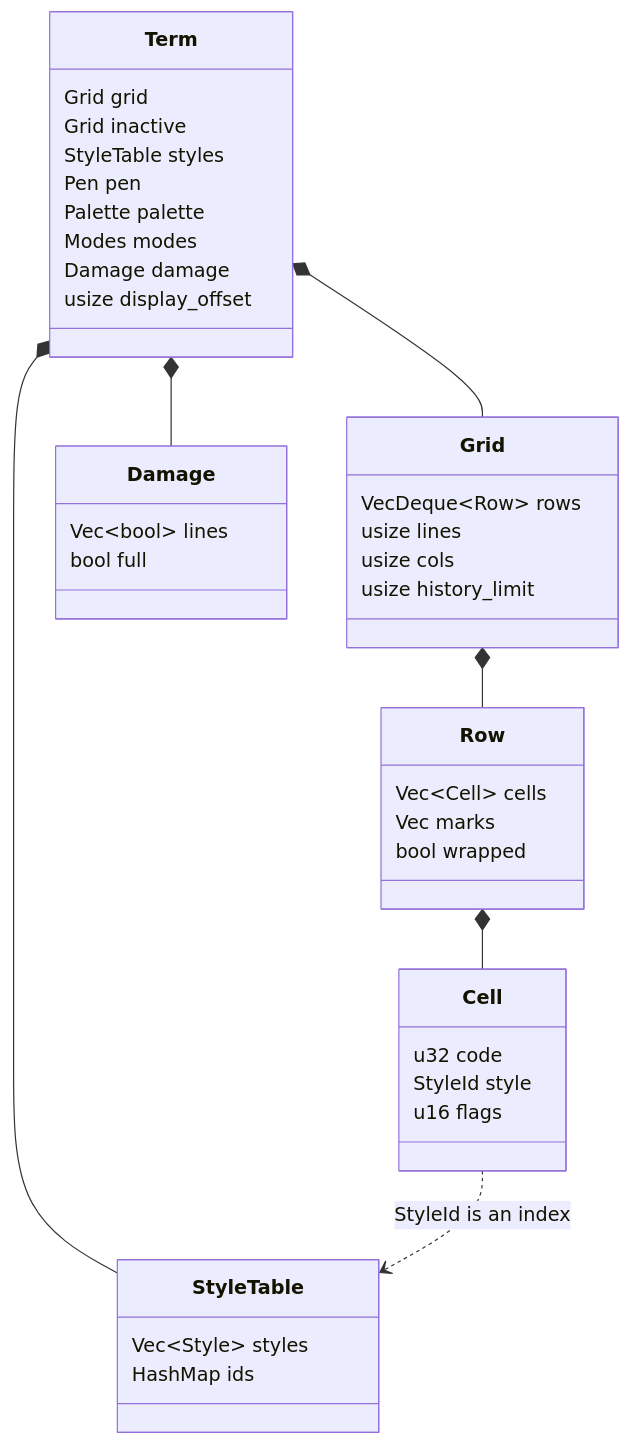
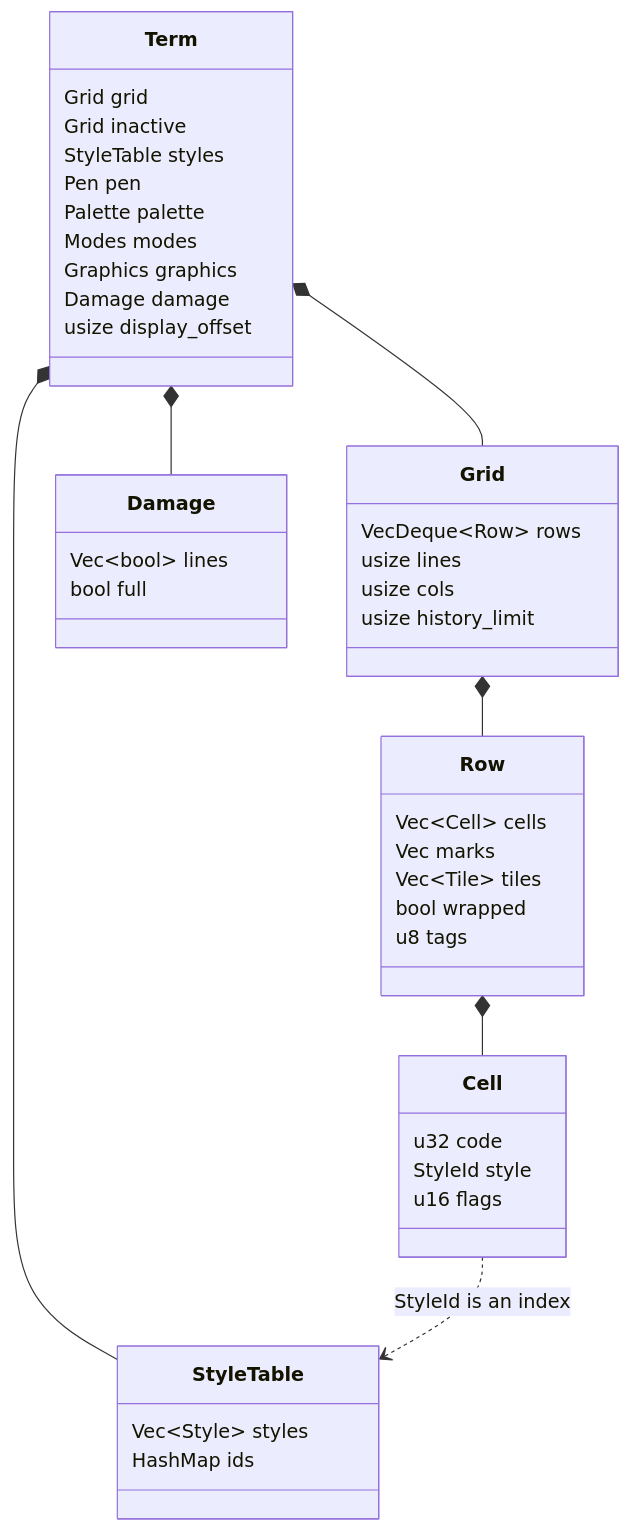
One commit to riya-amemiya/Dartel changed the sixth of 9 diagrams in docs/architecture.md. Above: the diagram before and after it, drawn with Mermaid. The commit also changed other lines of this file and 50 other files, not shown here.

````diff
--- a/docs/architecture.md
+++ b/docs/architecture.md
@@ -217,43 +236,46 @@
 ```mermaid
 classDiagram
     class Term {
         Grid grid
         Grid inactive
         StyleTable styles
         Pen pen
         Palette palette
         Modes modes
+        Graphics graphics
         Damage damage
         usize display_offset
     }
     class Grid {
         VecDeque~Row~ rows
         usize lines
         usize cols
         usize history_limit
     }
     class Row {
         Vec~Cell~ cells
         Vec marks
+        Vec~Tile~ tiles
         bool wrapped
+        u8 tags
     }
     class Cell {
         u32 code
         StyleId style
         u16 flags
     }
     class StyleTable {
         Vec~Style~ styles
         HashMap ids
     }
     class Damage {
         Vec~bool~ lines
         bool full
     }
     Term *-- Grid
     Term *-- StyleTable
     Term *-- Damage
     Grid *-- Row
     Row *-- Cell
     Cell ..> StyleTable : StyleId is an index
 ```
````
